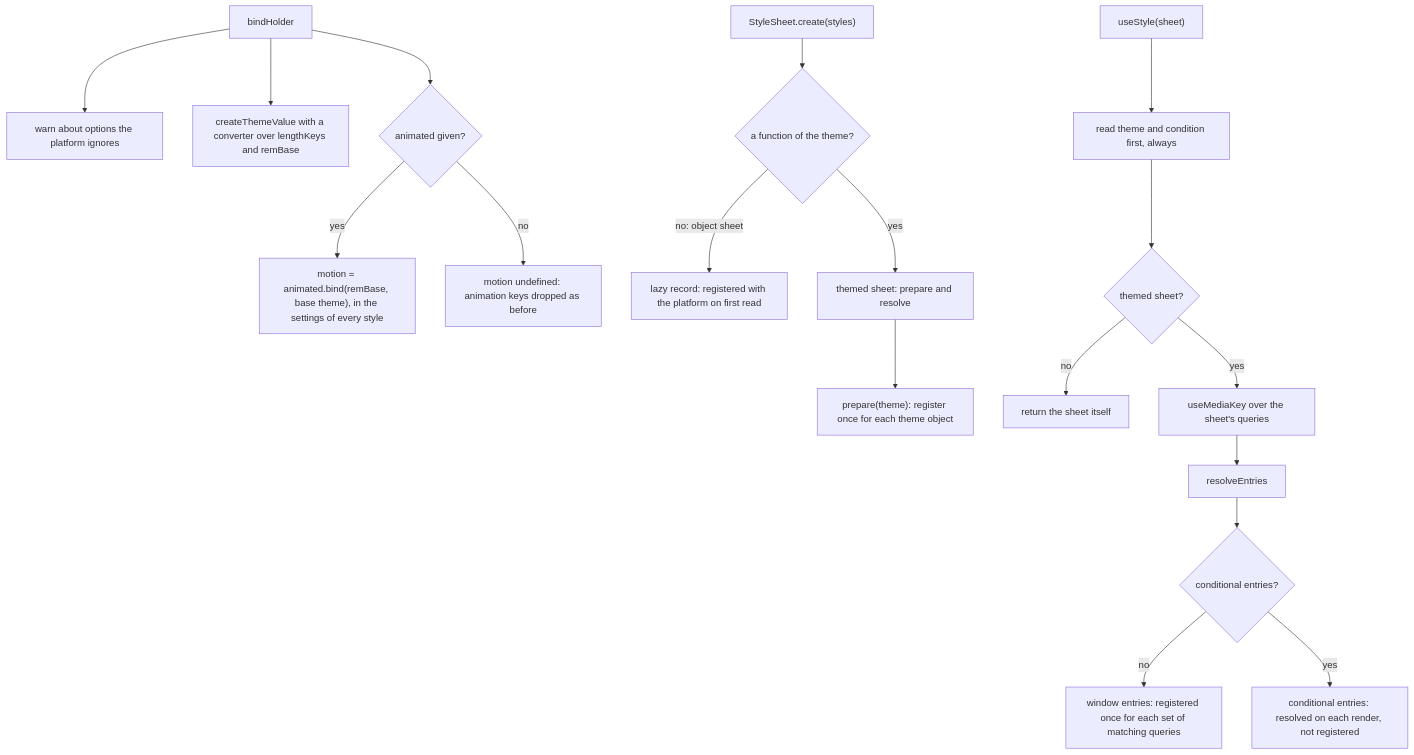
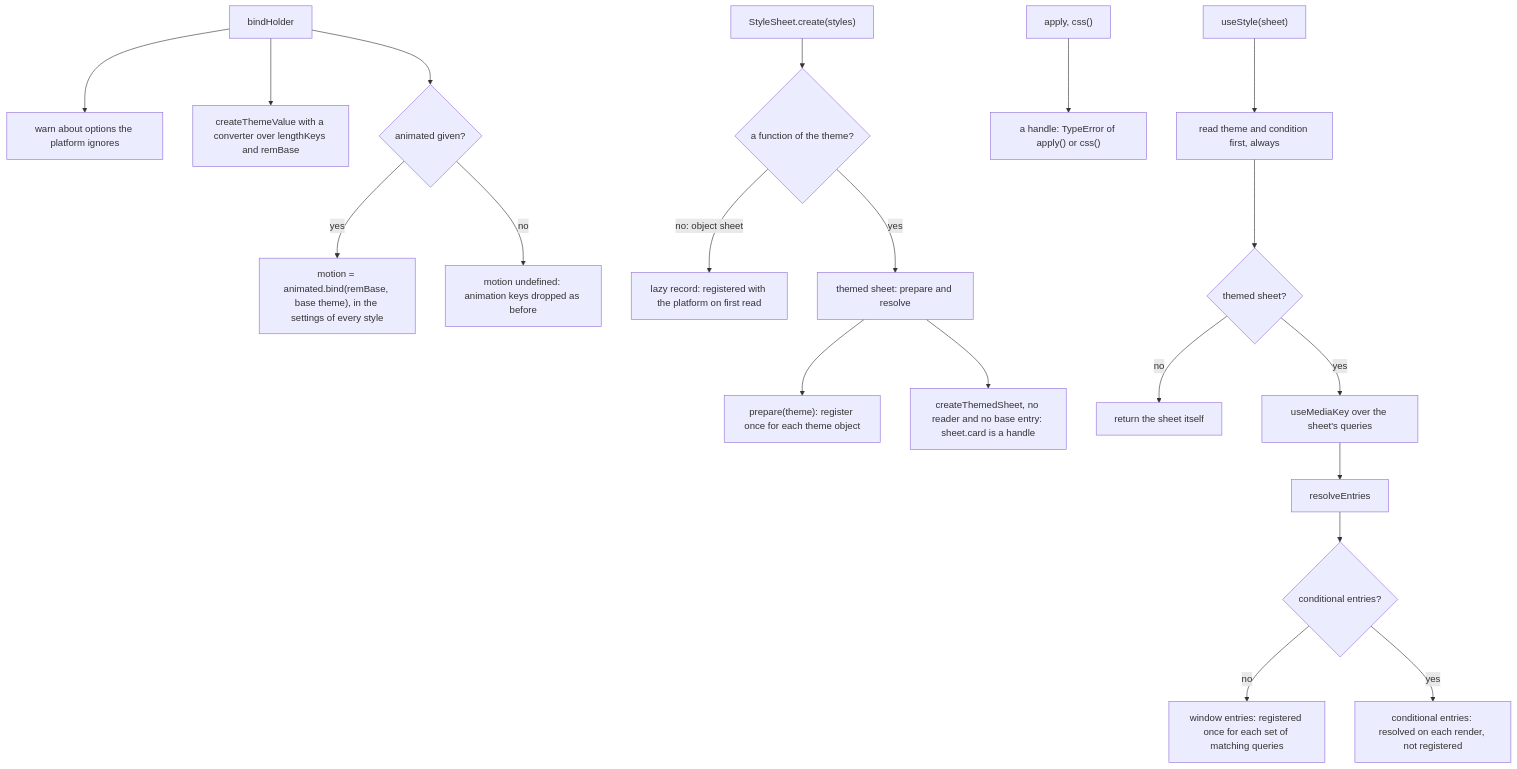
One commit to soroush-tech/umber-style changed the diagram in packages/react-native/src/createStyle.md. Above: the diagram before and after it, drawn with Mermaid. The commit also changed other lines of this file and 80 other files, not shown here.

Commit message:
feat: a styled component resolves an entry of a theme sheet given to its style prop with no useStyle, and SheetStyleProp types a style prop of sheet entries in every binding - close #88, close #89

````diff
--- a/packages/react-native/src/createStyle.md
+++ b/packages/react-native/src/createStyle.md
@@ -21,20 +21,22 @@
 ```mermaid
 flowchart TD
   bind["bindHolder"] --> warn["warn about options the platform ignores"]
   bind --> tv["createThemeValue with a converter over lengthKeys and remBase"]
   bind --> motionQ{"animated given?"}
   motionQ -->|"yes"| motionNode["motion = animated.bind(remBase, base theme), in the settings of every style"]
   motionQ -->|"no"| noMotion["motion undefined: animation keys dropped as before"]
   create["StyleSheet.create(styles)"] --> fn{"a function of the theme?"}
   fn -->|"no: object sheet"| lazy["lazy record: registered with the platform on first read"]
   fn -->|"yes"| themed["themed sheet: prepare and resolve"]
   themed --> prep["prepare(theme): register once for each theme object"]
+  themed --> handles["createThemedSheet, no reader and no base entry: sheet.card is a handle"]
+  apply["apply, css()"] --> reject["a handle: TypeError of apply() or css()"]
   use["useStyle(sheet)"] --> ctx["read theme and condition first, always"]
   ctx --> isT{"themed sheet?"}
   isT -->|"no"| same["return the sheet itself"]
   isT -->|"yes"| key["useMediaKey over the sheet's queries"]
   key --> res["resolveEntries"]
   res --> cond{"conditional entries?"}
   cond -->|"no"| win["window entries: registered once for each set of matching queries"]
   cond -->|"yes"| fresh["conditional entries: resolved on each render, not registered"]
 ```
````
